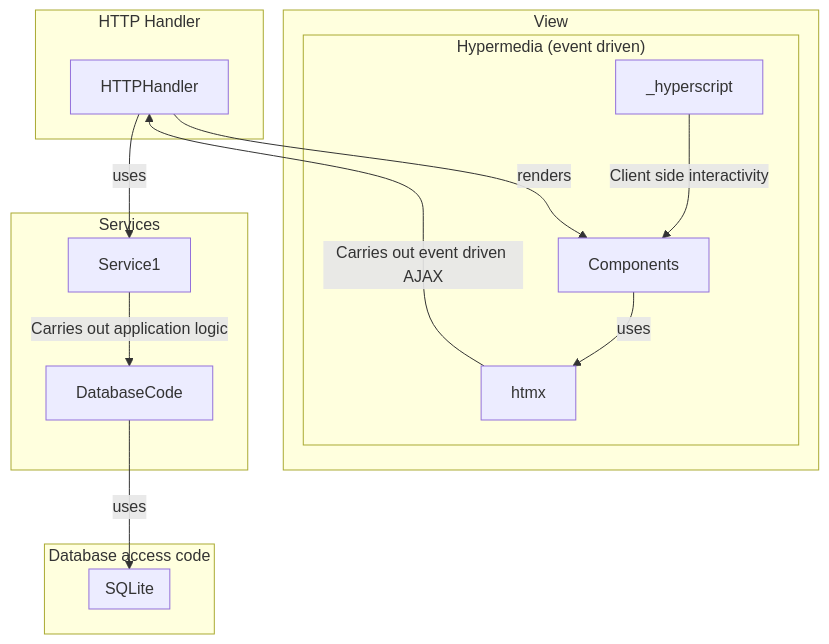
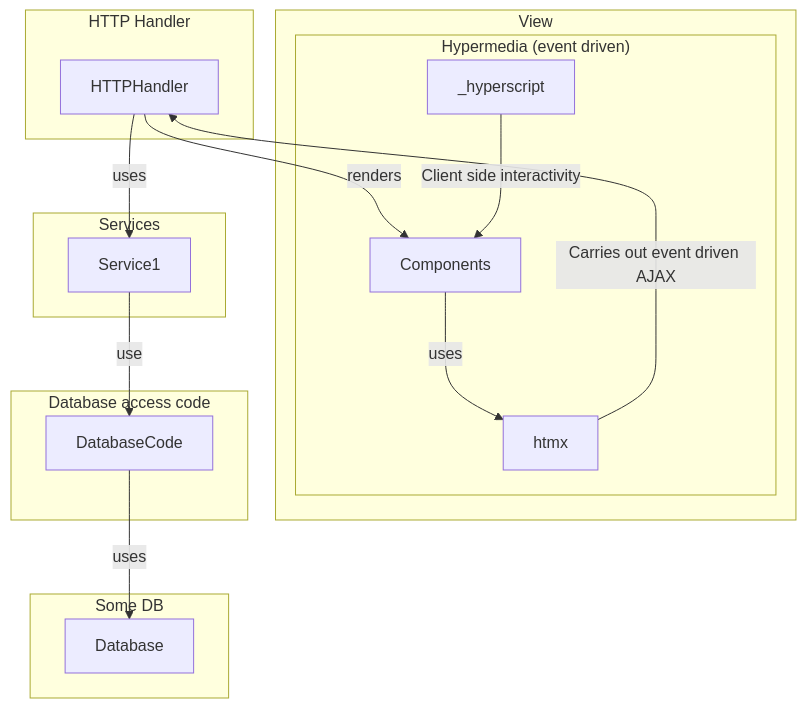
One commit to lloydlobo/go-echo-htmx changed the diagram in ARCHITECTURE.md. Above: the diagram before and after it, drawn with Mermaid. The commit also changed 5 other files, not shown here.

````diff
--- a/ARCHITECTURE.md
+++ b/ARCHITECTURE.md
@@ -9,39 +9,52 @@
 ```mermaid
 graph TD
+    %% Processes HTTP requests
+    %% Does not contain application logic itself
+    %% Uses services that carry out application logic
+    %% Takes the responses from services and uses components to render HTML
+    %% Creates HTTP responses
     subgraph "HTTP Handler"
         HTTPHandler
-        %% HTTPHandler -->|Processes HTTP requests| Response
-        %% Response -->|Creates HTTP responses| Components
     end
+
+    HTTPHandler -->|uses| Service1
+    HTTPHandler -->|renders| Components
 
     subgraph "View"
         Components -->| uses| htmx
         subgraph "Hypermedia (event driven)"
             _hyperscript -->|Client side interactivity| Components
             htmx -->|Carries out event driven AJAX| HTTPHandler
         end
     end
 
+
+    %% Carries out application logic such as orchestrating API calls, or making database calls
+    %% Does not do anything related to HTML or HTTP
+    %% Is not aware of the specifics of database calls
     subgraph "Services"
-        Service1 -->|Carries out application logic| DatabaseCode
+        Service1
         %% Service2 -->|Carries out application logic| DatabaseCode
     end
 
+    %% Handles database activity such as inserting and querying records
+    %% Ensures that the database representation (records) doesn't leak to the service layer
     subgraph "Database access code"
-        %%DatabaseCode -->|Handles database activity| SQLite
-        DatabaseCode -->|uses| SQLite
+        Service1 --> |use| DatabaseCode
+        %% Service2 -->|Carries out application logic| DatabaseCode
     end
 
-    subgraph "SQLite"
+    %% subgraph "Models"
+    %%     DatabaseCode -->|use| Contact
+    %% end
+
+    DatabaseCode -->|uses| SQLite
+
+    subgraph "Some DB"
         SQLite[Database]
     end
 
-    HTTPHandler -->|uses| Service1
-    HTTPHandler -->|renders| Components
+    %% A more complex application may have a models package containing plain structs that represent common data structures in the application, such as User.
 
-    %% HTTPHandler -->|uses| Service2
-    %% HTTPHandler -->|renders| Components
-    %% Service1 -->|use| DatabaseCode
-    %% Service2 -->|use| DatabaseCode
-    %%DatabaseCode -->|uses| SQLite;
+    %% As per https://go.dev/wiki/CodeReviewComments#interfaces the HTTP handler defines the interface that it's expecting, rather than the service defining its own interface.
 ```
````
